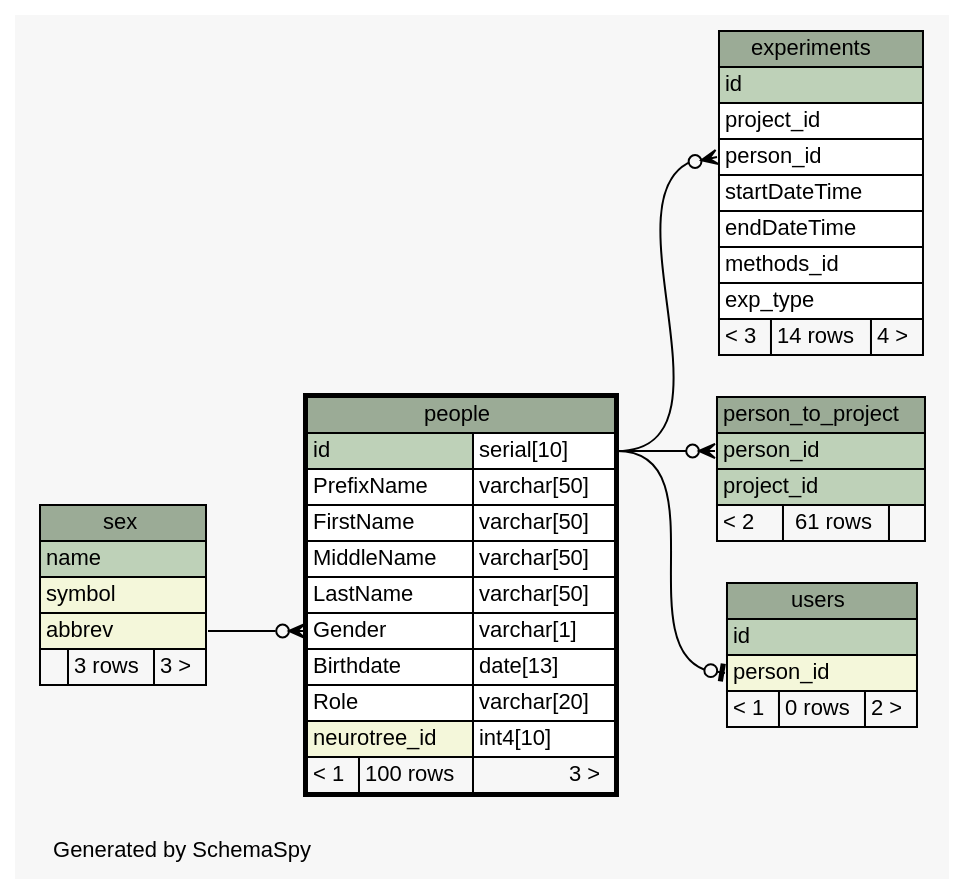
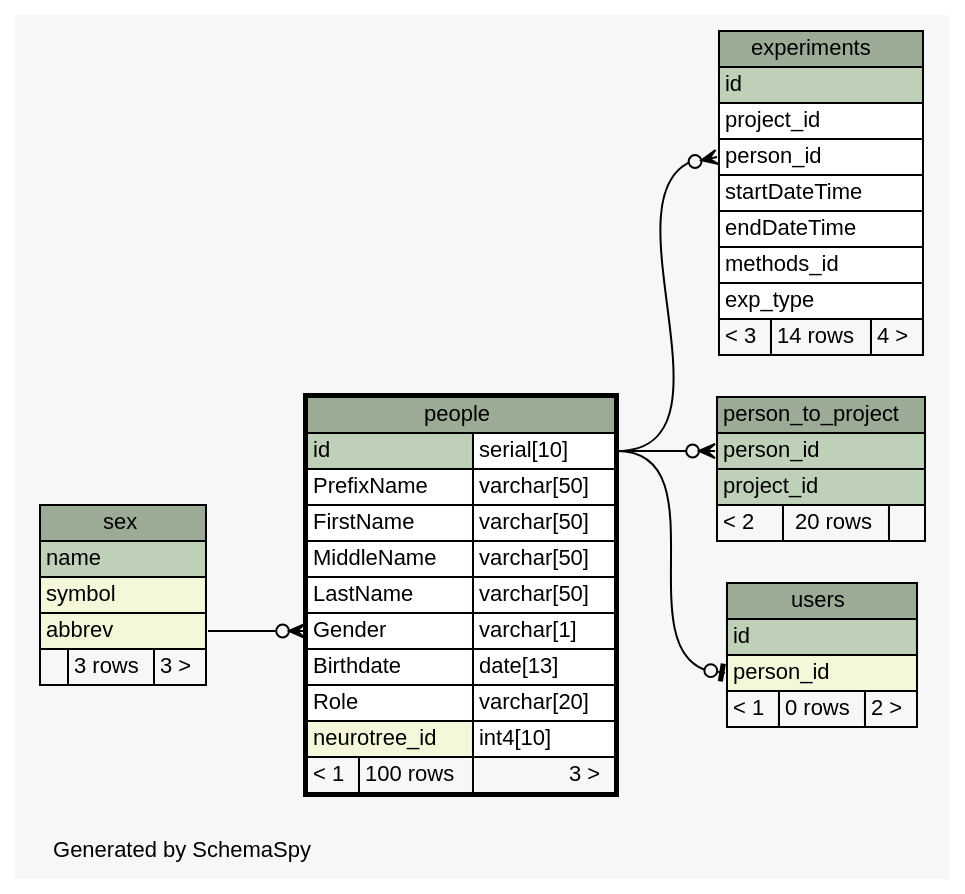
Before and after one commit to tgbugs/mlab: the diagram in database/ss/diagrams/people.1degree.dot, drawn with Graphviz. The commit also changed 281 other files, not shown here.

```diff
--- a/database/ss/diagrams/people.1degree.dot
+++ b/database/ss/diagrams/people.1degree.dot
@@ -1,94 +1,94 @@
-// dot 2.34.0 on Windows 7 6.1
+// dot 2.32.0 on Windows 7 6.1
 // SchemaSpy rev 590
 digraph "oneDegreeRelationshipsDiagram" {
   graph [
     rankdir="RL"
     bgcolor="#f7f7f7"
     label="\nGenerated by SchemaSpy"
     labeljust="l"
     nodesep="0.18"
     ranksep="0.46"
     fontname="Helvetica"
     fontsize="11"
   ];
   node [
     fontname="Helvetica"
     fontsize="11"
     shape="plaintext"
   ];
   edge [
     arrowsize="0.8"
   ];
   "experiments":"person_id":w -> "people":"id.type":e [arrowhead=none dir=back arrowtail=crowodot];
   "people":"Gender":w -> "sex":"abbrev":e [arrowhead=none dir=back arrowtail=crowodot];
   "person_to_project":"person_id":w -> "people":"id.type":e [arrowhead=none dir=back arrowtail=crowodot];
   "users":"person_id":w -> "people":"id.type":e [arrowhead=none dir=back arrowtail=teeodot];
   "experiments" [
     label=<
     <TABLE BORDER="0" CELLBORDER="1" CELLSPACING="0" BGCOLOR="#ffffff">
       <TR><TD COLSPAN="3" BGCOLOR="#9bab96" ALIGN="CENTER">experiments</TD></TR>
       <TR><TD PORT="id" COLSPAN="3" BGCOLOR="#bed1b8" ALIGN="LEFT">id</TD></TR>
       <TR><TD PORT="project_id" COLSPAN="3" ALIGN="LEFT">project_id</TD></TR>
       <TR><TD PORT="person_id" COLSPAN="3" ALIGN="LEFT">person_id</TD></TR>
       <TR><TD PORT="startDateTime" COLSPAN="3" ALIGN="LEFT">startDateTime</TD></TR>
       <TR><TD PORT="endDateTime" COLSPAN="3" ALIGN="LEFT">endDateTime</TD></TR>
       <TR><TD PORT="methods_id" COLSPAN="3" ALIGN="LEFT">methods_id</TD></TR>
       <TR><TD PORT="exp_type" COLSPAN="3" ALIGN="LEFT">exp_type</TD></TR>
       <TR><TD ALIGN="LEFT" BGCOLOR="#f7f7f7">&lt; 3</TD><TD ALIGN="RIGHT" BGCOLOR="#f7f7f7">14 rows</TD><TD ALIGN="RIGHT" BGCOLOR="#f7f7f7">4 &gt;</TD></TR>
     </TABLE>>
     URL="experiments.html"
     tooltip="experiments"
   ];
   "people" [
     label=<
     <TABLE BORDER="2" CELLBORDER="1" CELLSPACING="0" BGCOLOR="#ffffff">
       <TR><TD COLSPAN="3" BGCOLOR="#9bab96" ALIGN="CENTER">people</TD></TR>
       <TR><TD PORT="id" COLSPAN="2" BGCOLOR="#bed1b8" ALIGN="LEFT">id</TD><TD PORT="id.type" ALIGN="LEFT">serial[10]</TD></TR>
       <TR><TD PORT="PrefixName" COLSPAN="2" ALIGN="LEFT">PrefixName</TD><TD PORT="PrefixName.type" ALIGN="LEFT">varchar[50]</TD></TR>
       <TR><TD PORT="FirstName" COLSPAN="2" ALIGN="LEFT">FirstName</TD><TD PORT="FirstName.type" ALIGN="LEFT">varchar[50]</TD></TR>
       <TR><TD PORT="MiddleName" COLSPAN="2" ALIGN="LEFT">MiddleName</TD><TD PORT="MiddleName.type" ALIGN="LEFT">varchar[50]</TD></TR>
       <TR><TD PORT="LastName" COLSPAN="2" ALIGN="LEFT">LastName</TD><TD PORT="LastName.type" ALIGN="LEFT">varchar[50]</TD></TR>
       <TR><TD PORT="Gender" COLSPAN="2" ALIGN="LEFT">Gender</TD><TD PORT="Gender.type" ALIGN="LEFT">varchar[1]</TD></TR>
       <TR><TD PORT="Birthdate" COLSPAN="2" ALIGN="LEFT">Birthdate</TD><TD PORT="Birthdate.type" ALIGN="LEFT">date[13]</TD></TR>
       <TR><TD PORT="Role" COLSPAN="2" ALIGN="LEFT">Role</TD><TD PORT="Role.type" ALIGN="LEFT">varchar[20]</TD></TR>
       <TR><TD PORT="neurotree_id" COLSPAN="2" BGCOLOR="#f4f7da" ALIGN="LEFT">neurotree_id</TD><TD PORT="neurotree_id.type" ALIGN="LEFT">int4[10]</TD></TR>
       <TR><TD ALIGN="LEFT" BGCOLOR="#f7f7f7">&lt; 1</TD><TD ALIGN="RIGHT" BGCOLOR="#f7f7f7">100 rows</TD><TD ALIGN="RIGHT" BGCOLOR="#f7f7f7">3 &gt;</TD></TR>
     </TABLE>>
     URL="people.html"
     tooltip="people"
   ];
   "person_to_project" [
     label=<
     <TABLE BORDER="0" CELLBORDER="1" CELLSPACING="0" BGCOLOR="#ffffff">
       <TR><TD COLSPAN="3" BGCOLOR="#9bab96" ALIGN="CENTER">person_to_project</TD></TR>
       <TR><TD PORT="person_id" COLSPAN="3" BGCOLOR="#bed1b8" ALIGN="LEFT">person_id</TD></TR>
       <TR><TD PORT="project_id" COLSPAN="3" BGCOLOR="#bed1b8" ALIGN="LEFT">project_id</TD></TR>
-      <TR><TD ALIGN="LEFT" BGCOLOR="#f7f7f7">&lt; 2</TD><TD ALIGN="RIGHT" BGCOLOR="#f7f7f7">61 rows</TD><TD ALIGN="RIGHT" BGCOLOR="#f7f7f7">  </TD></TR>
+      <TR><TD ALIGN="LEFT" BGCOLOR="#f7f7f7">&lt; 2</TD><TD ALIGN="RIGHT" BGCOLOR="#f7f7f7">20 rows</TD><TD ALIGN="RIGHT" BGCOLOR="#f7f7f7">  </TD></TR>
     </TABLE>>
     URL="person_to_project.html"
     tooltip="person_to_project"
   ];
   "sex" [
     label=<
     <TABLE BORDER="0" CELLBORDER="1" CELLSPACING="0" BGCOLOR="#ffffff">
       <TR><TD COLSPAN="3" BGCOLOR="#9bab96" ALIGN="CENTER">sex</TD></TR>
       <TR><TD PORT="name" COLSPAN="3" BGCOLOR="#bed1b8" ALIGN="LEFT">name</TD></TR>
       <TR><TD PORT="symbol" COLSPAN="3" BGCOLOR="#f4f7da" ALIGN="LEFT">symbol</TD></TR>
       <TR><TD PORT="abbrev" COLSPAN="3" BGCOLOR="#f4f7da" ALIGN="LEFT">abbrev</TD></TR>
       <TR><TD ALIGN="LEFT" BGCOLOR="#f7f7f7">  </TD><TD ALIGN="RIGHT" BGCOLOR="#f7f7f7">3 rows</TD><TD ALIGN="RIGHT" BGCOLOR="#f7f7f7">3 &gt;</TD></TR>
     </TABLE>>
     URL="sex.html"
     tooltip="sex"
   ];
   "users" [
     label=<
     <TABLE BORDER="0" CELLBORDER="1" CELLSPACING="0" BGCOLOR="#ffffff">
       <TR><TD COLSPAN="3" BGCOLOR="#9bab96" ALIGN="CENTER">users</TD></TR>
       <TR><TD PORT="id" COLSPAN="3" BGCOLOR="#bed1b8" ALIGN="LEFT">id</TD></TR>
       <TR><TD PORT="person_id" COLSPAN="3" BGCOLOR="#f4f7da" ALIGN="LEFT">person_id</TD></TR>
       <TR><TD ALIGN="LEFT" BGCOLOR="#f7f7f7">&lt; 1</TD><TD ALIGN="RIGHT" BGCOLOR="#f7f7f7">0 rows</TD><TD ALIGN="RIGHT" BGCOLOR="#f7f7f7">2 &gt;</TD></TR>
     </TABLE>>
     URL="users.html"
     tooltip="users"
   ];
 }
```
